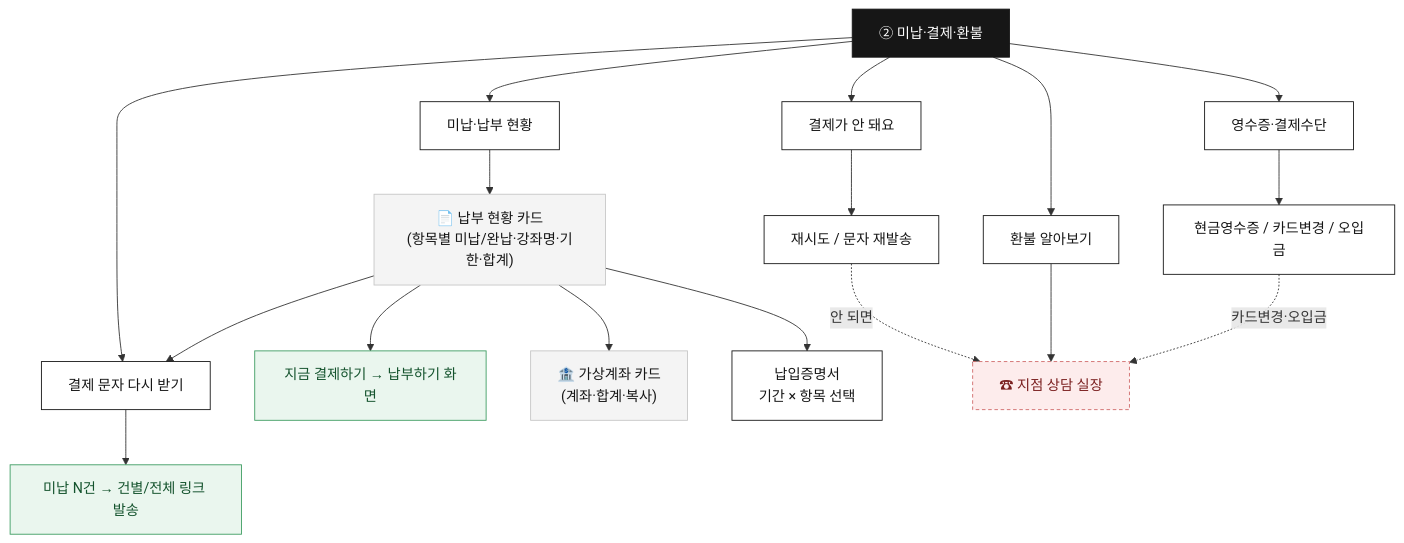
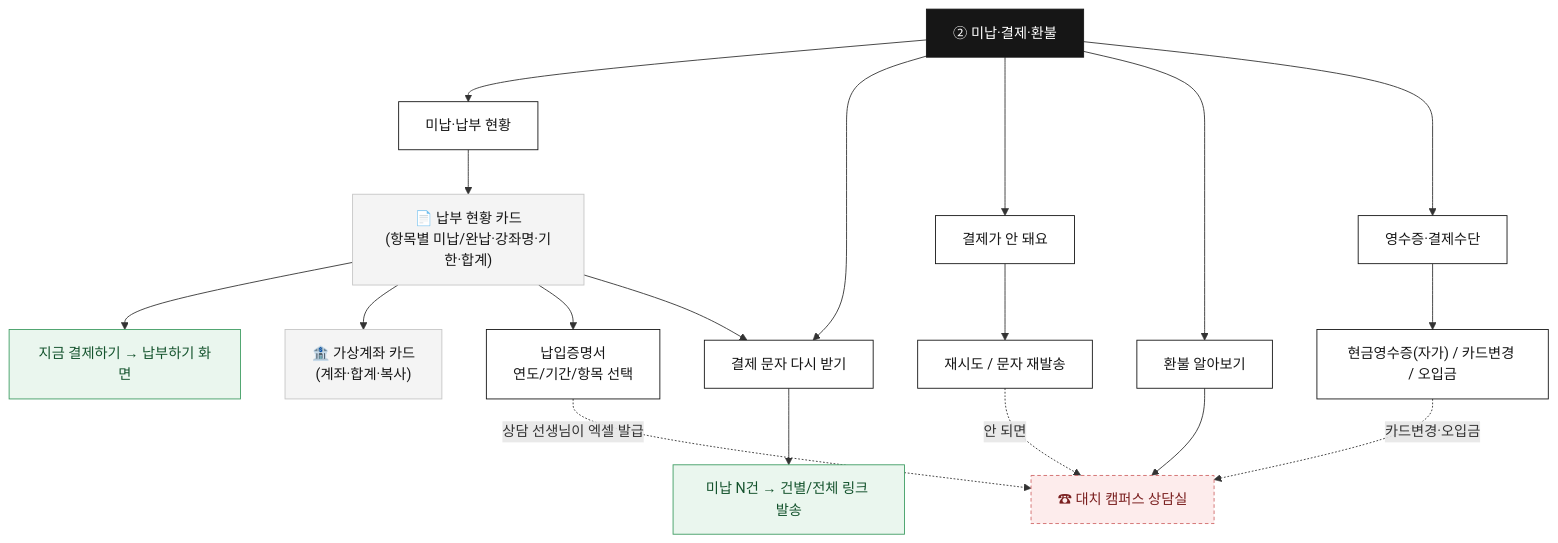
One commit to layr8x/Wiki changed the fifth of 12 diagrams in analysis/myclass-chatbot/SCENARIO_PLAN.md. Above: the diagram before and after it, drawn with Mermaid. The commit also changed other lines of this file and 8 other files, not shown here.

````diff
--- a/analysis/myclass-chatbot/SCENARIO_PLAN.md
+++ b/analysis/myclass-chatbot/SCENARIO_PLAN.md
@@ -143,27 +144,28 @@
 ```mermaid
 flowchart TD
   B["② 미납·결제·환불"]:::menu
   B --> S["미납·납부 현황"]:::step
   B --> SMS["결제 문자 다시 받기"]:::step
   B --> F["결제가 안 돼요"]:::step
   B --> R["환불 알아보기"]:::step
   B --> E["영수증·결제수단"]:::step
 
   S --> SC["📄 납부 현황 카드<br/>(항목별 미납/완납·강좌명·기한·합계)"]:::card
   SC --> PAY["지금 결제하기 → 납부하기 화면"]:::solve
   SC --> VA["🏦 가상계좌 카드<br/>(계좌·합계·복사)"]:::card
-  SC --> CERT["납입증명서<br/>기간 × 항목 선택"]:::step
+  SC --> CERT["납입증명서<br/>연도/기간/항목 선택"]:::step
   SC --> SMS
   SMS --> SMS2["미납 N건 → 건별/전체 링크 발송"]:::solve
+  CERT -.상담 선생님이 엑셀 발급.-> CP["☎ 대치 캠퍼스 상담실"]:::hand
   F --> F1["재시도 / 문자 재발송"]:::step
-  F1 -.안 되면.-> CP["☎ 지점 상담 실장"]:::hand
+  F1 -.안 되면.-> CP
   R --> CP
-  E --> E1["현금영수증 / 카드변경 / 오입금"]:::step
+  E --> E1["현금영수증(자가) / 카드변경 / 오입금"]:::step
   E1 -.카드변경·오입금.-> CP
 
   classDef menu fill:#161616,color:#ffffff,stroke:#161616;
   classDef step fill:#ffffff,color:#161616,stroke:#161616;
   classDef card fill:#f4f4f4,color:#161616,stroke:#c6c6c6;
   classDef solve fill:#eaf6ee,color:#14532d,stroke:#3f9d63;
   classDef hand fill:#fdecec,color:#7a1f1f,stroke:#d06a6a,stroke-dasharray:4 3;
 ```
````
